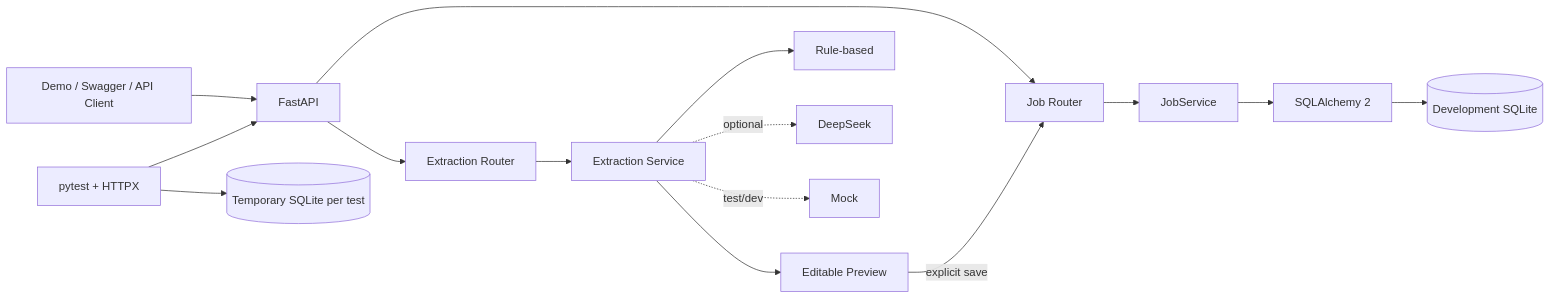
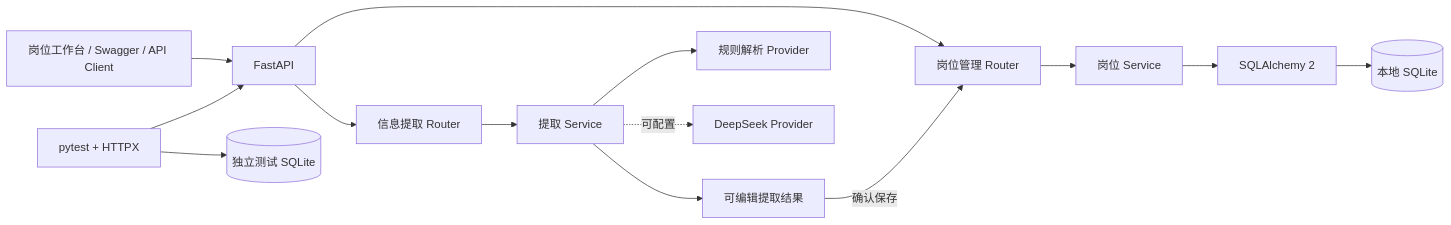
One commit to xuyang2005cs/career-assistant-platform changed the diagram in README.md. Above: the diagram before and after it, drawn with Mermaid. The commit also changed other lines of this file and 19 other files, not shown here.

````diff
--- a/README.md
+++ b/README.md
@@ -80,15 +75,14 @@
 ```mermaid
 flowchart LR
-    Client[Demo / Swagger / API Client] --> FastAPI
-    FastAPI --> JobRouter[Job Router]
-    JobRouter --> JobService --> ORM[SQLAlchemy 2] --> DevDB[(Development SQLite)]
-    FastAPI --> ExtractRouter[Extraction Router]
-    ExtractRouter --> ExtractService[Extraction Service]
-    ExtractService --> Rule[Rule-based]
-    ExtractService -. optional .-> DeepSeek
-    ExtractService -. test/dev .-> Mock
-    ExtractService --> Preview[Editable Preview]
-    Preview -->|explicit save| JobRouter
+    Client[岗位工作台 / Swagger / API Client] --> FastAPI
+    FastAPI --> JobRouter[岗位管理 Router]
+    JobRouter --> JobService[岗位 Service] --> ORM[SQLAlchemy 2] --> DevDB[(本地 SQLite)]
+    FastAPI --> ExtractRouter[信息提取 Router]
+    ExtractRouter --> ExtractService[提取 Service]
+    ExtractService --> Rule[规则解析 Provider]
+    ExtractService -. 可配置 .-> DeepSeek[DeepSeek Provider]
+    ExtractService --> Preview[可编辑提取结果]
+    Preview -->|确认保存| JobRouter
     Tests[pytest + HTTPX] --> FastAPI
-    Tests --> TestDB[(Temporary SQLite per test)]
+    Tests --> TestDB[(独立测试 SQLite)]
 ```
````
